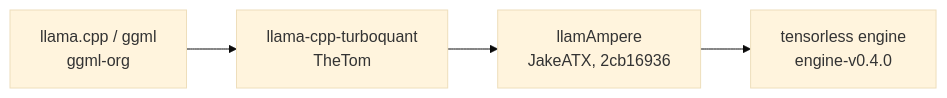
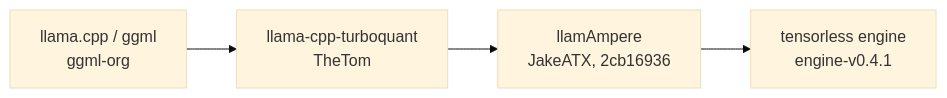
Before and after one commit to iammrduncan/tensorless: the diagram in site/src/content/docs/docs/explanation/the-engine.md, drawn with Mermaid (base theme). The commit also changed other lines of this file and 39 other files, not shown here.

````diff
--- a/site/src/content/docs/docs/explanation/the-engine.md
+++ b/site/src/content/docs/docs/explanation/the-engine.md
@@ -13,6 +13,6 @@
 ```mermaid
 flowchart LR
     A["llama.cpp / ggml<br/>ggml-org"] --> B["llama-cpp-turboquant<br/>TheTom"]
     B --> C["llamAmpere<br/>JakeATX, 2cb16936"]
-    C --> D["tensorless engine<br/>engine-v0.4.0"]
+    C --> D["tensorless engine<br/>engine-v0.4.1"]
 ```
````
